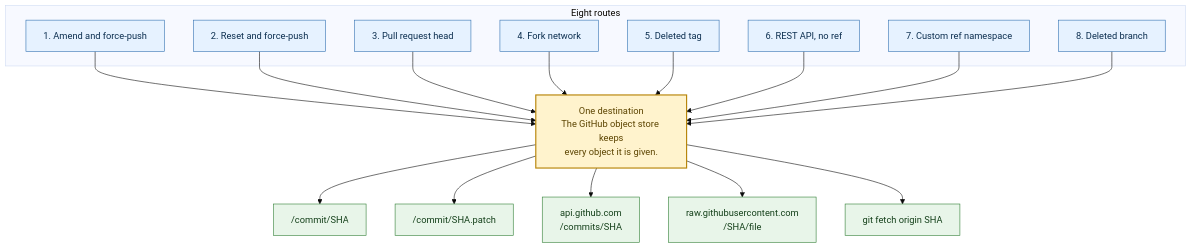
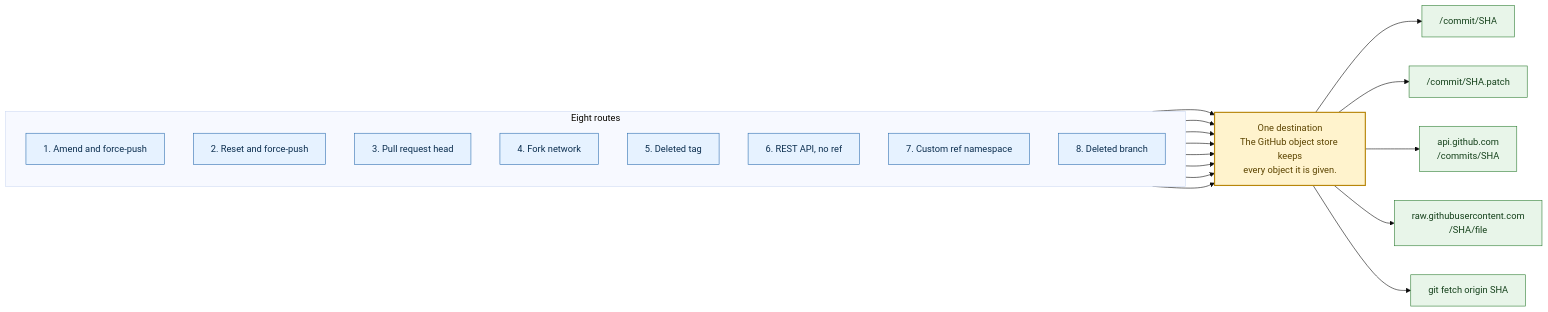
One commit to chrisns/example-orphaned-commit-repo changed the sixth of 8 diagrams in README.md. Above: the diagram before and after it, drawn with Mermaid (base theme). The commit also changed other lines of this file, not shown here.

Commit message:
Improve the diagram layouts so they read at full width

````diff
--- a/README.md
+++ b/README.md
@@ -246,34 +245,35 @@
 ```mermaid
-flowchart TB
+flowchart LR
     subgraph ROUTES["Eight routes"]
+        direction TB
         R1["1. Amend and force-push"]
         R2["2. Reset and force-push"]
         R3["3. Pull request head"]
         R4["4. Fork network"]
         R5["5. Deleted tag"]
         R6["6. REST API, no ref"]
         R7["7. Custom ref namespace"]
         R8["8. Deleted branch"]
     end
     R1 --> STORE
     R2 --> STORE
     R3 --> STORE
     R4 --> STORE
     R5 --> STORE
     R6 --> STORE
     R7 --> STORE
     R8 --> STORE
     STORE["One destination<br/>The GitHub object store keeps<br/>every object it is given."]
     STORE --> OUT1["/commit/SHA"]
     STORE --> OUT2["/commit/SHA.patch"]
     STORE --> OUT3["api.github.com<br/>/commits/SHA"]
     STORE --> OUT4["raw.githubusercontent.com<br/>/SHA/file"]
     STORE --> OUT5["git fetch origin SHA"]
 
     classDef store fill:#fff3cd,stroke:#b8860b,stroke-width:2px,color:#5c4400
     classDef route fill:#e6f2ff,stroke:#2f6fb0,color:#0b2e4f
     classDef out fill:#e8f5e9,stroke:#2e7d32,color:#14401a
     class STORE store
     class R1,R2,R3,R4,R5,R6,R7,R8 route
     class OUT1,OUT2,OUT3,OUT4,OUT5 out
 ```
````
